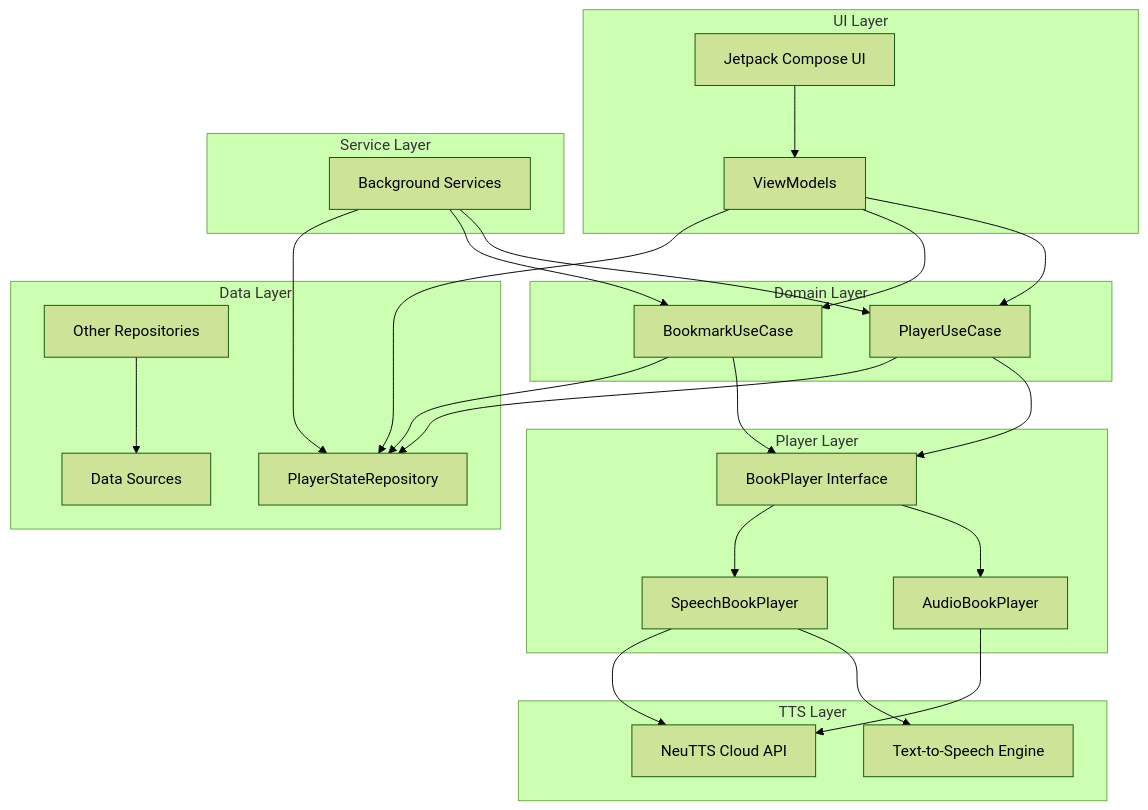
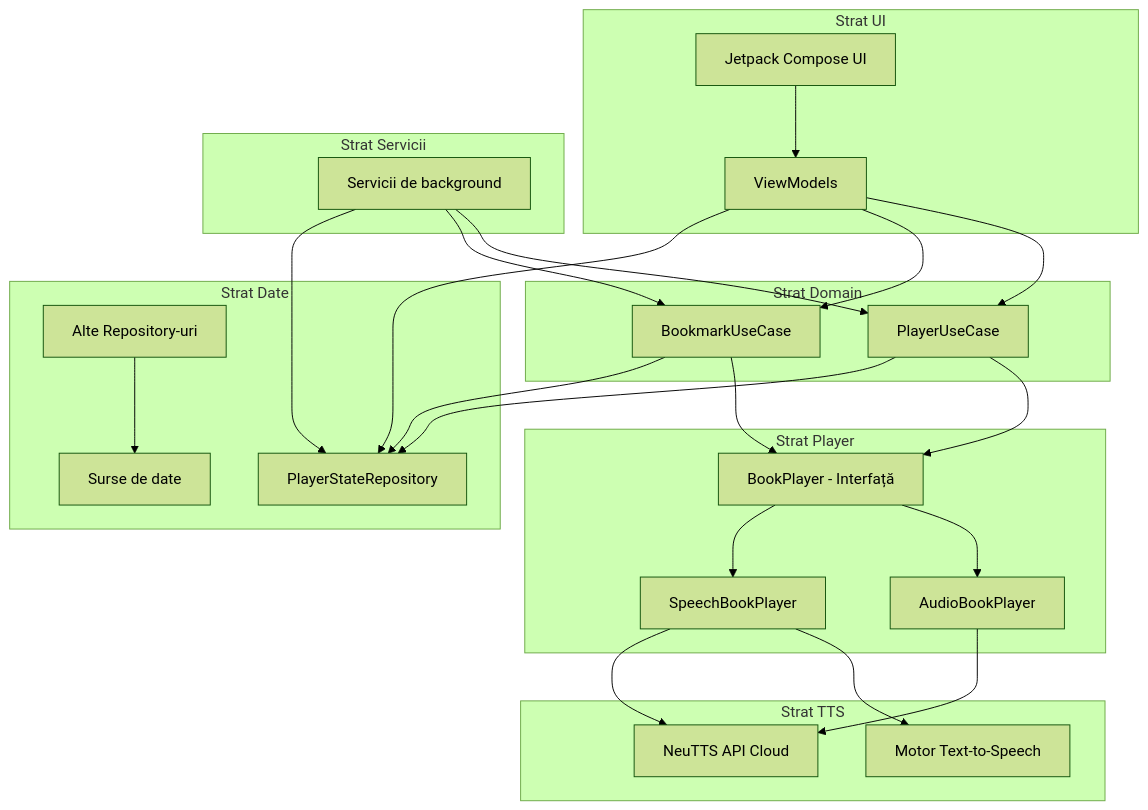
Before and after one commit to numipasaaa/NeuRead: the diagram in README.md, drawn with Mermaid (forest theme). The commit also changed other lines of this file and 172 other files, not shown here.

````diff
--- a/README.md
+++ b/README.md
@@ -54,51 +55,51 @@
 ```mermaid
 graph TB
-    subgraph "UI Layer"
+    subgraph "Strat UI"
         UI[Jetpack Compose UI]
         VM[ViewModels]
     end
 
-    subgraph "Domain Layer"
+    subgraph "Strat Domain"
         PUC[PlayerUseCase]
         BUC[BookmarkUseCase]
     end
 
-    subgraph "Player Layer"
-        BP[BookPlayer Interface]
+    subgraph "Strat Player"
+        BP[BookPlayer - Interfață]
         ABP[AudioBookPlayer]
         SBP[SpeechBookPlayer]
     end
 
-    subgraph "TTS Layer"
-        TTS[Text-to-Speech Engine]
-        AI[NeuTTS Cloud API]
+    subgraph "Strat TTS"
+        TTS[Motor Text-to-Speech]
+        AI[NeuTTS API Cloud]
     end
 
-    subgraph "Data Layer"
+    subgraph "Strat Date"
         PSR[PlayerStateRepository]
-        REPO[Other Repositories]
-        DS[Data Sources]
+        REPO[Alte Repository-uri]
+        DS[Surse de date]
     end
 
-    subgraph "Service Layer"
-        PS[Background Services]
+    subgraph "Strat Servicii"
+        PS[Servicii de background]
     end
 
     UI --> VM
     VM --> PUC
     VM --> BUC
     VM --> PSR
     PS --> PUC
     PS --> BUC
     PS --> PSR
     PUC --> BP
     BUC --> BP
     PUC --> PSR
     BUC --> PSR
     BP --> ABP
     BP --> SBP
     SBP --> TTS
     SBP --> AI
     ABP --> AI
     REPO --> DS
 ```
````
